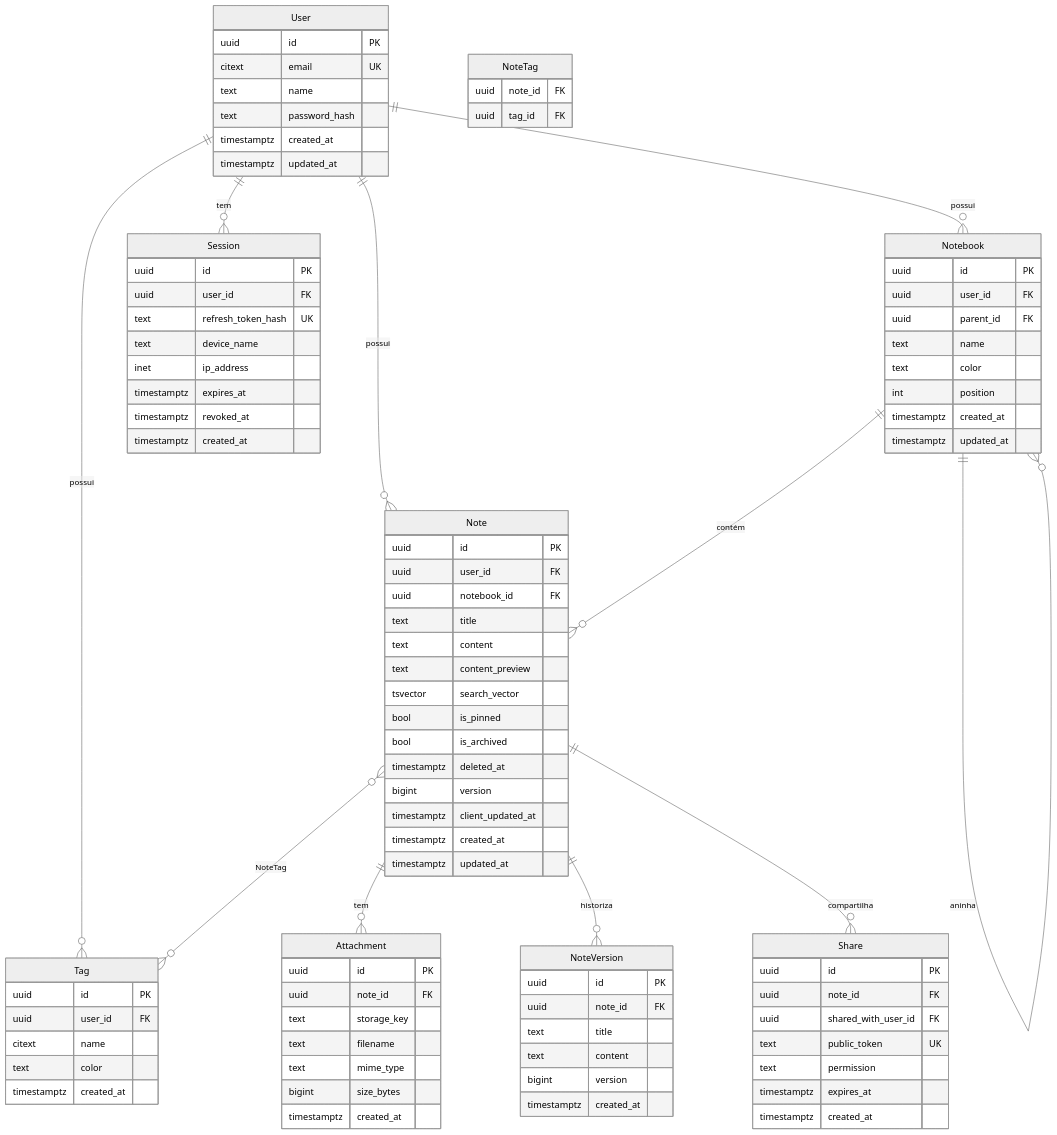
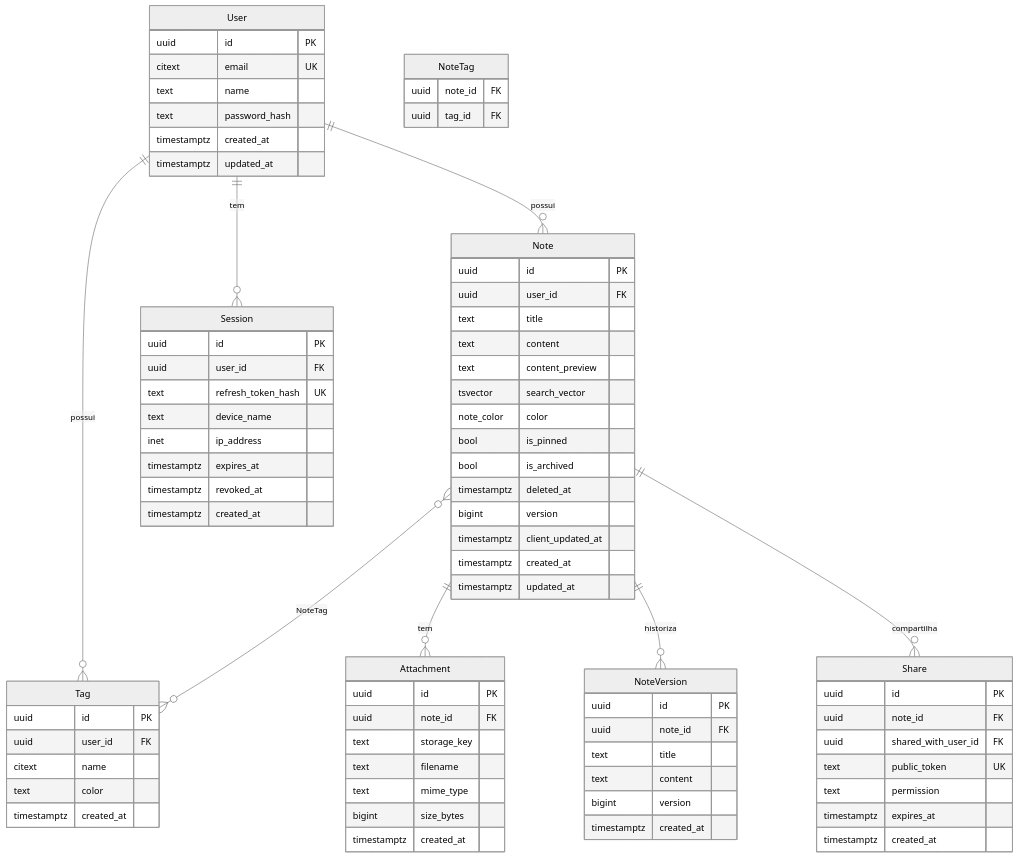
The diagram in docs/architecture/data-model.md (AntonioAndradeGomes/my_notes), drawn with Mermaid (neutral theme) before and after one commit. The commit also changed other lines of this file and 4 other files, not shown here.

````diff
--- a/docs/architecture/data-model.md
+++ b/docs/architecture/data-model.md
@@ -9,11 +9,8 @@
 ```mermaid
 erDiagram
     User ||--o{ Note : "possui"
-    User ||--o{ Notebook : "possui"
     User ||--o{ Tag : "possui"
     User ||--o{ Session : "tem"
-    Notebook ||--o{ Note : "contém"
-    Notebook ||--o{ Notebook : "aninha"
     Note }o--o{ Tag : "NoteTag"
     Note ||--o{ Attachment : "tem"
     Note ||--o{ NoteVersion : "historiza"
@@ -39,25 +36,14 @@
         timestamptz created_at
     }
 
-    Notebook {
-        uuid id PK
-        uuid user_id FK
-        uuid parent_id FK
-        text name
-        text color
-        int position
-        timestamptz created_at
-        timestamptz updated_at
-    }
-
     Note {
         uuid id PK
         uuid user_id FK
-        uuid notebook_id FK
         text title
         text content
         text content_preview
         tsvector search_vector
+        note_color color
         bool is_pinned
         bool is_archived
         timestamptz deleted_at
````
